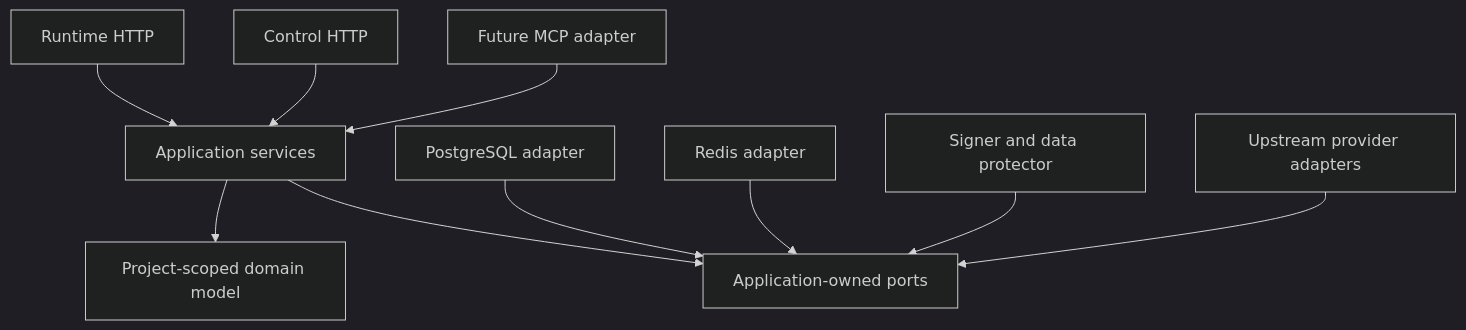
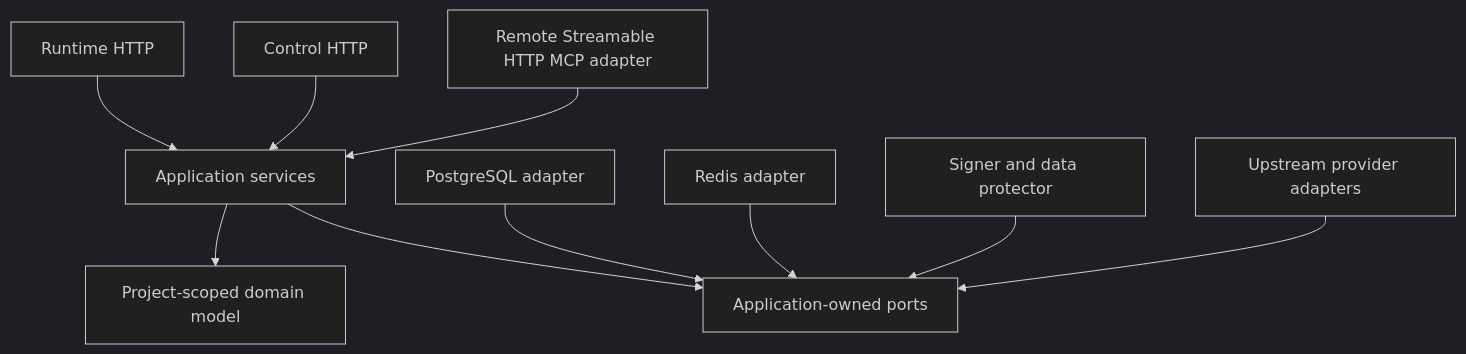
The third of 3 diagrams in docs/guide/architecture.md (owlfoundry/owlauth), drawn with Mermaid (dark theme) before and after one commit. The commit also changed other lines of this file and 123 other files, not shown here.

````diff
--- a/docs/guide/architecture.md
+++ b/docs/guide/architecture.md
@@ -131,12 +131,12 @@
 ```mermaid
 flowchart TB
     RuntimeHTTP[Runtime HTTP] --> App[Application services]
     ControlHTTP[Control HTTP] --> App
-    MCP[Future MCP adapter] --> App
+    MCP[Remote Streamable HTTP MCP adapter] --> App
     App --> Domain[Project-scoped domain model]
     App --> Ports[Application-owned ports]
     PostgreSQL[PostgreSQL adapter] --> Ports
     Cache[Redis adapter] --> Ports
     Signer[Signer and data protector] --> Ports
     Providers[Upstream provider adapters] --> Ports
 ```
````
